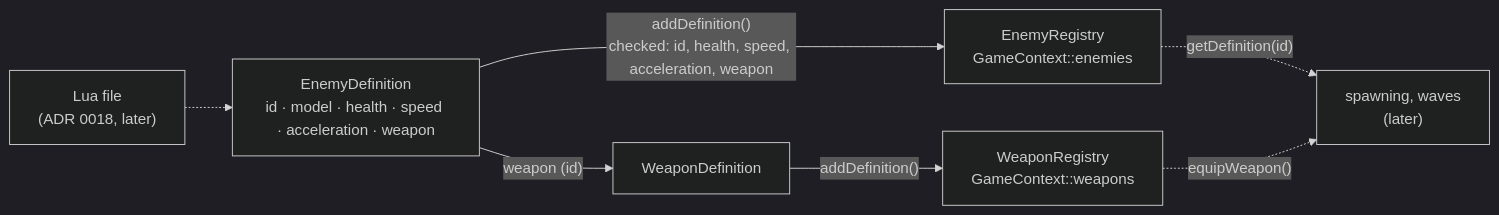
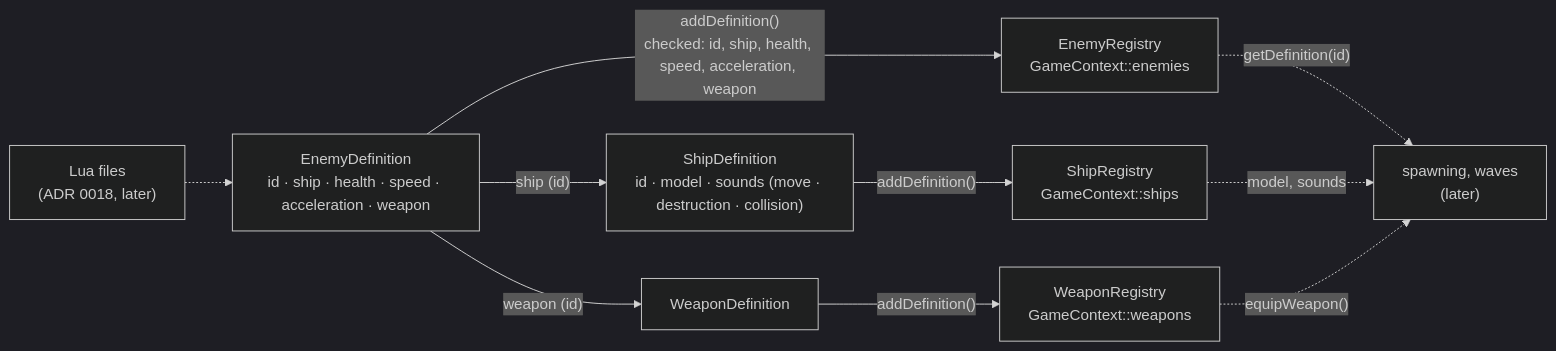
Before and after one commit to Akinator31/Rtype: the seventh of 7 diagrams in docs/architecture/game.md, drawn with Mermaid (dark theme). The commit also changed other lines of this file, not shown here.

Commit message:
docs(ships): add ShipDefinition and ShipRegistry documentation with implementation details

````diff
--- a/docs/architecture/game.md
+++ b/docs/architecture/game.md
@@ -293,10 +315,13 @@
 ```mermaid
 flowchart LR
-    Lua["Lua file<br/>(ADR 0018, later)"] -.-> Def
-    Def["EnemyDefinition<br/>id · model · health · speed · acceleration · weapon"]
-    Def -- "addDefinition()<br/>checked: id, health, speed, acceleration, weapon" --> Reg["EnemyRegistry<br/>GameContext::enemies"]
+    Lua["Lua files<br/>(ADR 0018, later)"] -.-> Def
+    Def["EnemyDefinition<br/>id · ship · health · speed · acceleration · weapon"]
+    Def -- "addDefinition()<br/>checked: id, ship, health, speed, acceleration, weapon" --> Reg["EnemyRegistry<br/>GameContext::enemies"]
+    Def -- "ship (id)" --> SDef["ShipDefinition<br/>id · model · sounds (move · destruction · collision)"]
+    SDef -- "addDefinition()" --> SReg["ShipRegistry<br/>GameContext::ships"]
     Def -- "weapon (id)" --> WDef["WeaponDefinition"]
     WDef -- "addDefinition()" --> WReg["WeaponRegistry<br/>GameContext::weapons"]
     Reg -. "getDefinition(id)" .-> Spawn["spawning, waves<br/>(later)"]
+    SReg -. "model, sounds" .-> Spawn
     WReg -. "equipWeapon()" .-> Spawn
 ```
````
